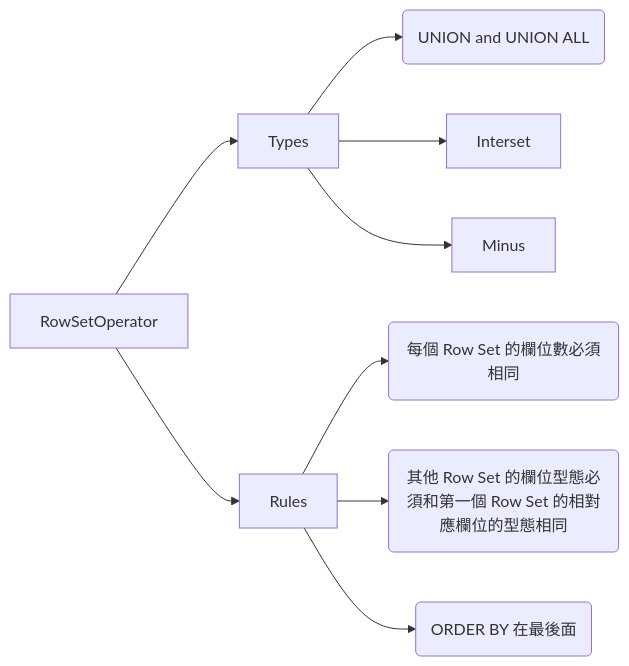
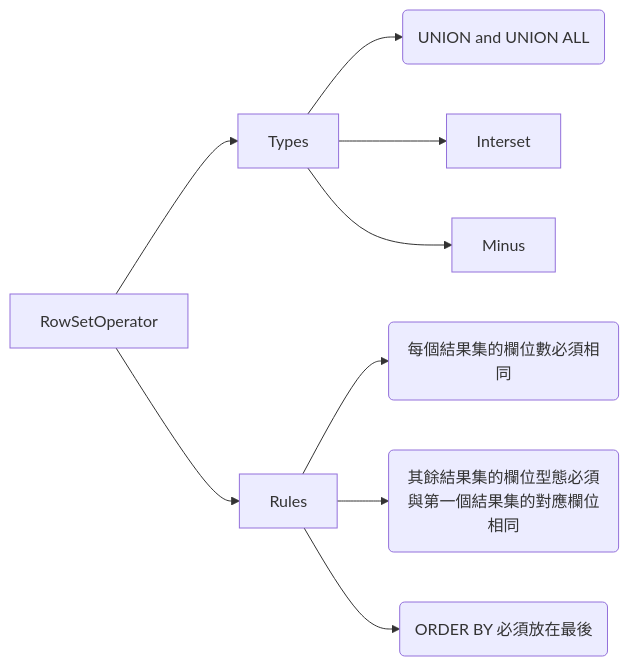
The diagram in course_practices/ws1-u09_ch.md (hychen39/oce_sql), drawn with Mermaid before and after one commit. The commit also changed other lines of this file and 18 other files, not shown here.

````diff
--- a/course_practices/ws1-u09_ch.md
+++ b/course_practices/ws1-u09_ch.md
@@ -15,15 +15,15 @@
 ```mermaid
 graph LR;
 
 RowSetOperator-->Types
 RowSetOperator-->Rules
 
 Types-->Union("UNION and UNION ALL")
 Types-->Interset
 Types-->Minus
 
-Rules-->MatchColNumber("每個 Row Set 的欄位數必須相同")
-Rules-->MatchColDataType("其他 Row Set 的欄位型態必須和第一個 Row Set 的相對應欄位的型態相同")
-Rules-->OrderByAtEnd("ORDER BY 在最後面")
+Rules-->MatchColNumber("每個結果集的欄位數必須相同")
+Rules-->MatchColDataType("其餘結果集的欄位型態必須與第一個結果集的對應欄位相同")
+Rules-->OrderByAtEnd("ORDER BY 必須放在最後")
 
 ```
````
